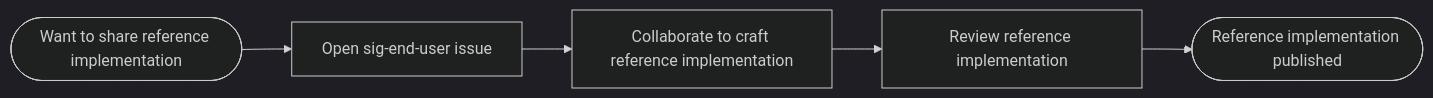
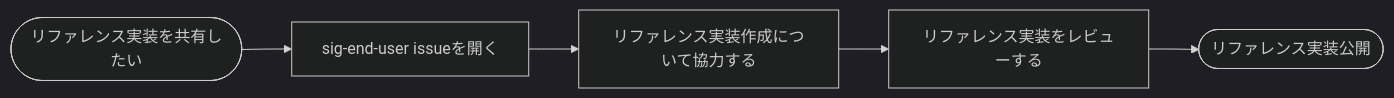
Before and after one commit to open-telemetry/opentelemetry.io: the fourth of 4 diagrams in content/ja/blog/2026/blueprints-intro.md, drawn with Mermaid (dark theme). The commit also changed other lines of this file, not shown here.

Commit message:
fix(ja): translate mermaid diagrams in blueprints-intro.md

````diff
--- a/content/ja/blog/2026/blueprints-intro.md
+++ b/content/ja/blog/2026/blueprints-intro.md
@@ -184,13 +184,13 @@
 ```mermaid
 flowchart LR
-    R1([Want to share reference implementation])
-    R2[Open sig-end-user issue]
-    R3[Collaborate to craft reference implementation]
-    R4[Review reference implementation]
-    R5([Reference implementation published])
+    R1([リファレンス実装を共有したい])
+    R2[sig-end-user issueを開く]
+    R3[リファレンス実装作成について協力する]
+    R4[リファレンス実装をレビューする]
+    R5([リファレンス実装公開])
 
     R1 --> R2
     R2 --> R3
     R3 --> R4
     R4 --> R5
 ```
````
